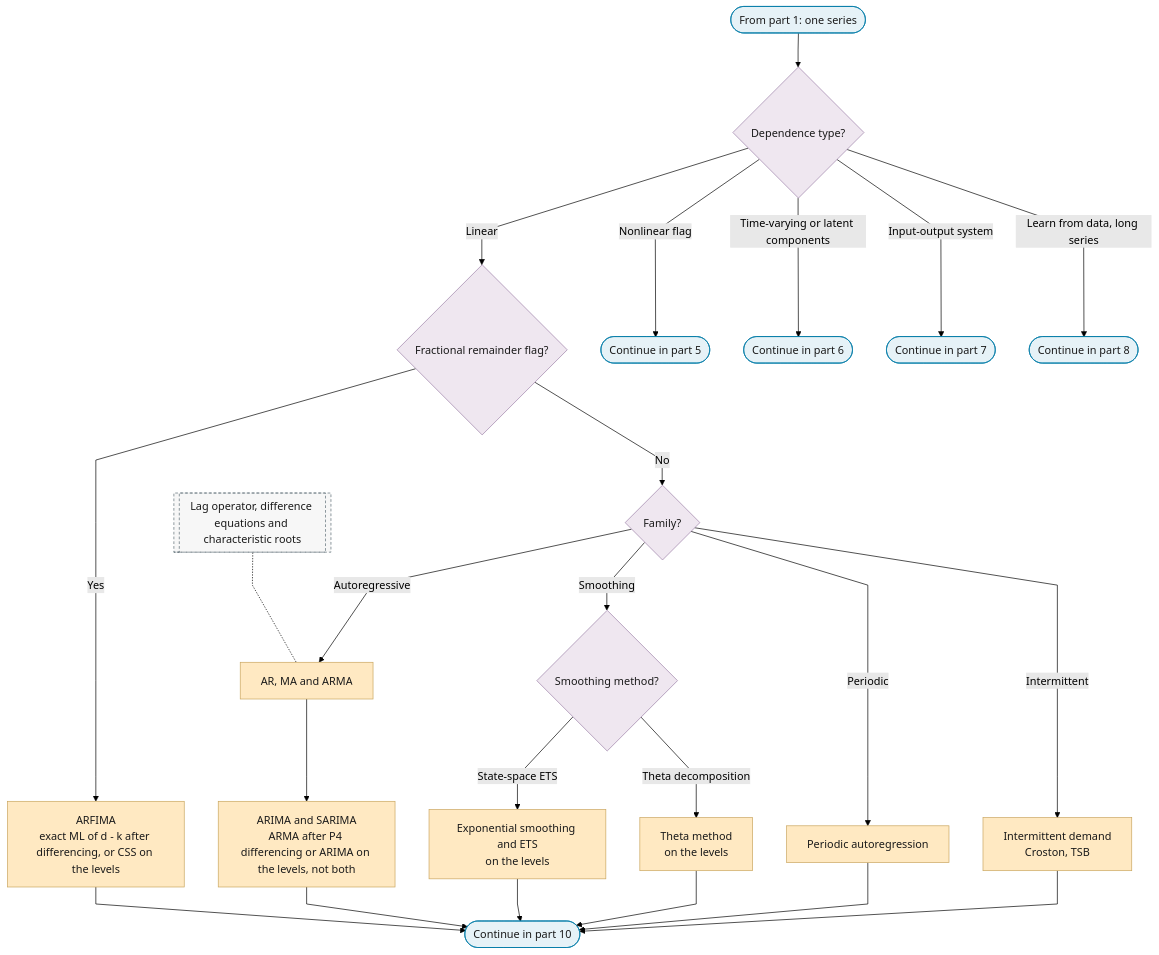
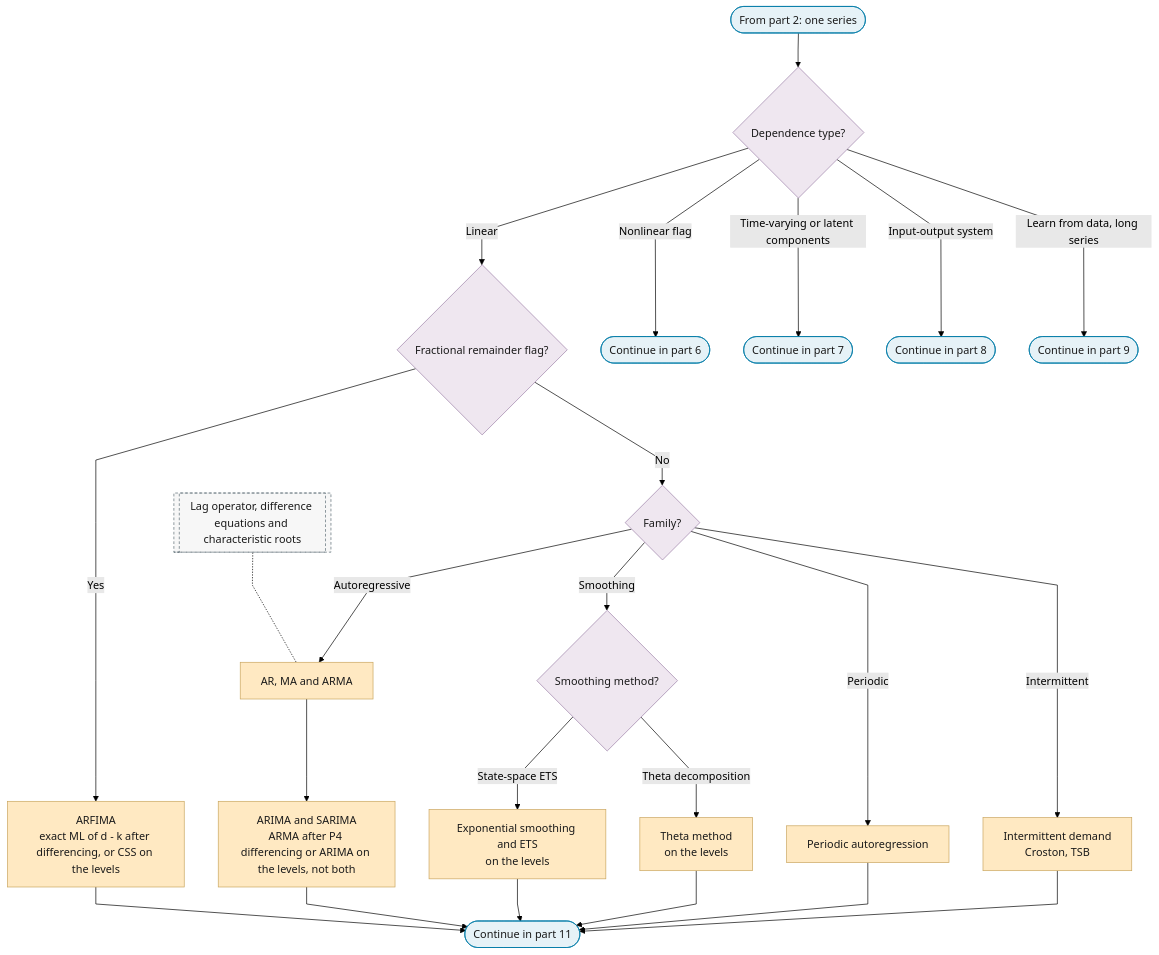
One commit to Shuxin-Y/time-series-analysis-manual changed the fifth of 12 diagrams in docs/01-workflow/p06-mean-model-class.md. Above: the diagram before and after it, drawn with Mermaid (forest theme). The commit also changed other lines of this file and 10 other files, not shown here.

First line of the commit message:
fix(spine): route by value type and structure at every phase; one sampling flag

````diff
--- a/docs/01-workflow/p06-mean-model-class.md
+++ b/docs/01-workflow/p06-mean-model-class.md
@@ -100,34 +125,34 @@
 ```mermaid
 %%{init: {"flowchart": {"curve": "linear"}}}%%
 graph TD
-    P6_PART_4_IN(["From part 1: one series"]) --> P6_DEPENDENCE{"Dependence type?"}
+    P6_PART_5_IN(["From part 2: one series"]) --> P6_DEPENDENCE{"Dependence type?"}
     P6_DEPENDENCE -->|"Linear"| P6_LINEAR{"Fractional remainder flag?"}
-    P6_DEPENDENCE -->|"Nonlinear flag"| P6_TO_PART_5(["Continue in part 5"])
-    P6_DEPENDENCE -->|"Time-varying or latent components"| P6_TO_PART_6(["Continue in part 6"])
-    P6_DEPENDENCE -->|"Input-output system"| P6_TO_PART_7(["Continue in part 7"])
-    P6_DEPENDENCE -->|"Learn from data, long series"| P6_PART_4_TO_PART_8(["Continue in part 8"])
+    P6_DEPENDENCE -->|"Nonlinear flag"| P6_TO_PART_6(["Continue in part 6"])
+    P6_DEPENDENCE -->|"Time-varying or latent components"| P6_TO_PART_7(["Continue in part 7"])
+    P6_DEPENDENCE -->|"Input-output system"| P6_TO_PART_8(["Continue in part 8"])
+    P6_DEPENDENCE -->|"Learn from data, long series"| P6_PART_5_TO_PART_9(["Continue in part 9"])
     P6_LINEAR -->|"Yes"| P6_ARFIMA["ARFIMA<br/>exact ML of d - k after differencing, or CSS on the levels"]
     P6_LINEAR -->|"No"| P6_LINEAR_FAMILY{"Family?"}
     P6_LINEAR_FAMILY -->|"Autoregressive"| P6_AR_MA_ARMA["AR, MA and ARMA"]
     P6_LINEAR_FAMILY -->|"Smoothing"| P6_SMOOTHING{"Smoothing method?"}
     P6_LINEAR_FAMILY -->|"Periodic"| P6_PERIODIC_AR["Periodic autoregression"]
     P6_LINEAR_FAMILY -->|"Intermittent"| P6_INTERMITTENT["Intermittent demand<br/>Croston, TSB"]
     P6_SMOOTHING -->|"State-space ETS"| P6_ETS["Exponential smoothing and ETS<br/>on the levels"]
     P6_SMOOTHING -->|"Theta decomposition"| P6_THETA["Theta method<br/>on the levels"]
     P6_AR_MA_ARMA --> P6_ARIMA_SARIMA["ARIMA and SARIMA<br/>ARMA after P4 differencing or ARIMA on the levels, not both"]
-    P6_ARFIMA & P6_ARIMA_SARIMA & P6_ETS --> P6_PART_4_OUT
-    P6_THETA & P6_PERIODIC_AR & P6_INTERMITTENT --> P6_PART_4_OUT(["Continue in part 10"])
+    P6_ARFIMA & P6_ARIMA_SARIMA & P6_ETS --> P6_PART_5_OUT
+    P6_THETA & P6_PERIODIC_AR & P6_INTERMITTENT --> P6_PART_5_OUT(["Continue in part 11"])
     F_LAG_OPERATOR[["Lag operator, difference equations and characteristic roots"]] -.- P6_AR_MA_ARMA
     class P6_ARFIMA,P6_AR_MA_ARMA,P6_PERIODIC_AR,P6_INTERMITTENT,P6_ETS,P6_THETA,P6_ARIMA_SARIMA escalate
-    class P6_PART_4_IN,P6_TO_PART_5,P6_TO_PART_6,P6_TO_PART_7,P6_PART_4_TO_PART_8,P6_PART_4_OUT terminator
+    class P6_PART_5_IN,P6_TO_PART_6,P6_TO_PART_7,P6_TO_PART_8,P6_PART_5_TO_PART_9,P6_PART_5_OUT terminator
     class P6_DEPENDENCE,P6_LINEAR,P6_LINEAR_FAMILY,P6_SMOOTHING decision
     class F_LAG_OPERATOR ref
     classDef terminator fill:#E6F2F7,stroke:#007BA7,color:#1A1A1A;
     classDef process fill:#FFFFFF,stroke:#5A6B73,color:#1A1A1A;
     classDef decision fill:#EFE7F0,stroke:#9B7FA7,color:#1A1A1A;
     classDef data fill:#FFF4E0,stroke:#C9A55E,color:#1A1A1A;
     classDef good fill:#DCEFD8,stroke:#4A7A3F,color:#1A1A1A;
     classDef escalate fill:#FFE9C2,stroke:#C9A55E,color:#1A1A1A;
     classDef problem fill:#F2D9DE,stroke:#800020,color:#1A1A1A;
     classDef ref fill:#F7F7F7,stroke:#5A6B73,color:#1A1A1A,stroke-dasharray:4 3;
 ```
````
